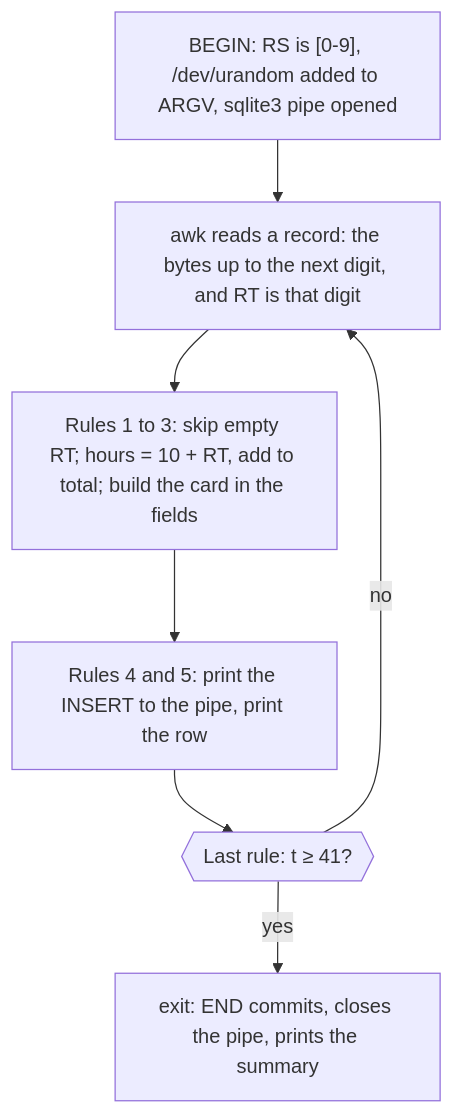
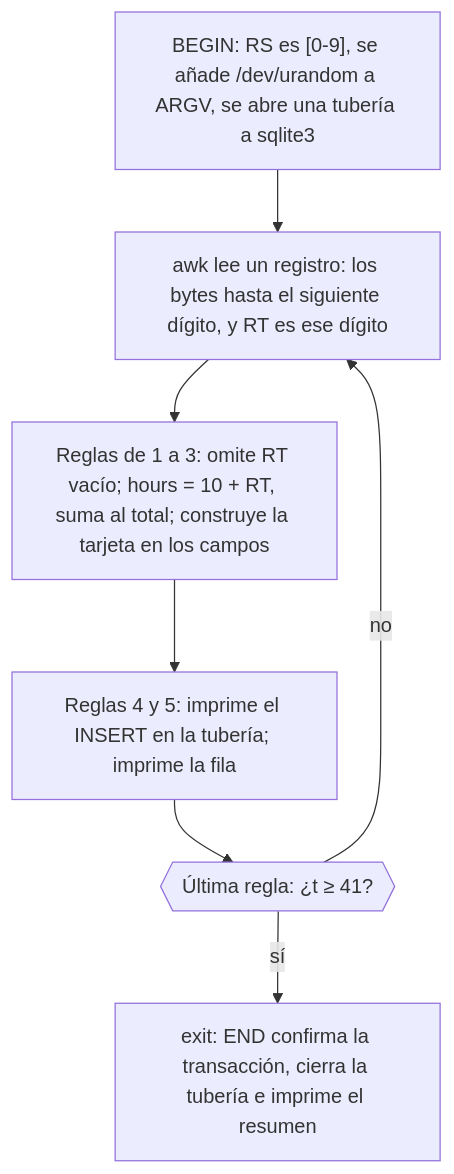
One commit to dullroar/aprende-a-programar-como-un-bicho-raro changed the diagram in src/awk-weird/README.md. Above: the diagram before and after it, drawn with Mermaid. The commit also changed other lines of this file and 15 other files, not shown here.

Commit message:
loop(P4-src-4): awk-weird, awk, cmake READMEs translated (172 segments); I7/I9 waivers; cmake diagram labels fixed

````diff
--- a/src/awk-weird/README.md
+++ b/src/awk-weird/README.md
@@ -58,11 +58,11 @@
 ```mermaid
 flowchart TD
-    accTitle: awk-weird: awk's own record loop over /dev/urandom, with a regex as the record separator
-    accDescr: A flowchart. BEGIN sets the record separator to the regular expression for a digit, adds /dev/urandom as the default input file, and opens a pipe to sqlite3. awk then reads a record, which is the bytes up to the next digit, and RT holds that digit. Rule 1 skips a record with an empty RT. Rule 2 sets the hours to 10 plus the digit and adds them to the total. Rule 3 assigns the card to the record, which re-splits it into fields. Rules 4 and 5 print an INSERT to the pipe and print the row. The last rule exits when the total is over 40, and awk goes on to read the next record when it is not. The exit runs END, which commits and prints the summary.
-    A["BEGIN: RS is [0-9], /dev/urandom added to ARGV, sqlite3 pipe opened"] --> B["awk reads a record: the bytes up to the next digit, and RT is that digit"]
-    B --> C["Rules 1 to 3: skip empty RT; hours = 10 + RT, add to total; build the card in the fields"]
-    C --> D["Rules 4 and 5: print the INSERT to the pipe, print the row"]
-    D --> E{{"Last rule: t ≥ 41?"}}
+    accTitle: awk-weird: el propio bucle de registros de awk sobre /dev/urandom, con una expresión regular como separador de registros
+    accDescr: Un diagrama de flujo. BEGIN establece el separador de registros como la expresión regular de un dígito, añade /dev/urandom como archivo de entrada predeterminado y abre una tubería hacia sqlite3. Luego awk lee un registro, que son los bytes hasta el siguiente dígito, y RT contiene ese dígito. La regla 1 omite un registro con RT vacío. La regla 2 fija las horas en 10 más el dígito y las suma al total. La regla 3 asigna la tarjeta al registro, lo que lo divide de nuevo en campos. Las reglas 4 y 5 imprimen un INSERT en la tubería e imprimen la fila. La última regla sale cuando el total pasa de 40; si no, awk pasa a leer el siguiente registro. Al salir se ejecuta END, que confirma la transacción e imprime el resumen.
+    A["BEGIN: RS es [0-9], se añade /dev/urandom a ARGV, se abre una tubería a sqlite3"] --> B["awk lee un registro: los bytes hasta el siguiente dígito, y RT es ese dígito"]
+    B --> C["Reglas de 1 a 3: omite RT vacío; hours = 10 + RT, suma al total; construye la tarjeta en los campos"]
+    C --> D["Reglas 4 y 5: imprime el INSERT en la tubería; imprime la fila"]
+    D --> E{{"Última regla: ¿t ≥ 41?"}}
     E -->|no| B
-    E -->|yes| F["exit: END commits, closes the pipe, prints the summary"]
+    E -->|sí| F["exit: END confirma la transacción, cierra la tubería e imprime el resumen"]
 ```
````
